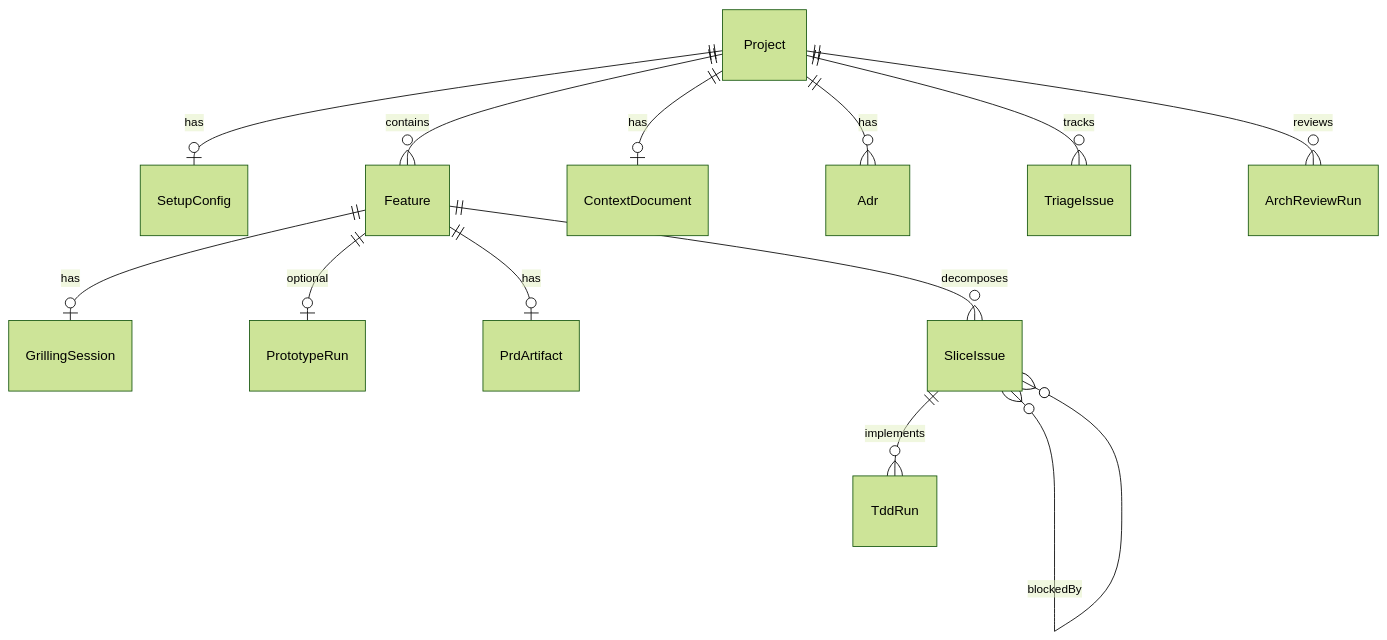
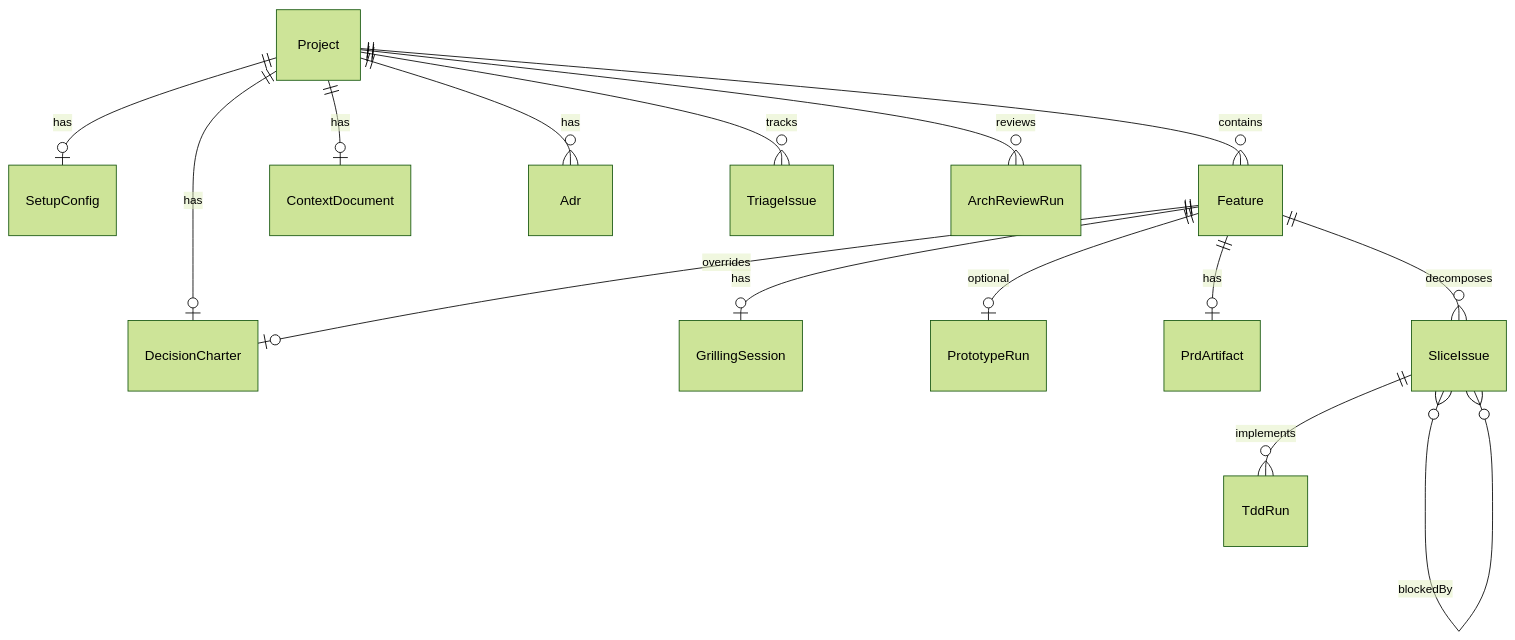
One commit to he18718143986-design/auto_skills changed the second of 2 diagrams in stagent_docs/PLATFORM-PRD.md. Above: the diagram before and after it, drawn with Mermaid (forest theme). The commit also changed other lines of this file and 1 other file, not shown here.

First line of the commit message:
docs: 加入决策主旨（Charter）层到 WORKFLOW 与 PLATFORM-PRD (#1)

````diff
--- a/stagent_docs/PLATFORM-PRD.md
+++ b/stagent_docs/PLATFORM-PRD.md
@@ -276,15 +348,17 @@
 ```mermaid
 erDiagram
   Project ||--o| SetupConfig : has
+  Project ||--o| DecisionCharter : has
   Project ||--o{ Feature : contains
   Project ||--o| ContextDocument : has
   Project ||--o{ Adr : has
+  Feature ||--o| DecisionCharter : overrides
   Feature ||--o| GrillingSession : has
   Feature ||--o| PrototypeRun : optional
   Feature ||--o| PrdArtifact : has
   Feature ||--o{ SliceIssue : decomposes
   SliceIssue ||--o{ TddRun : implements
   SliceIssue }o--o{ SliceIssue : blockedBy
   Project ||--o{ TriageIssue : tracks
   Project ||--o{ ArchReviewRun : reviews
 ```
````
